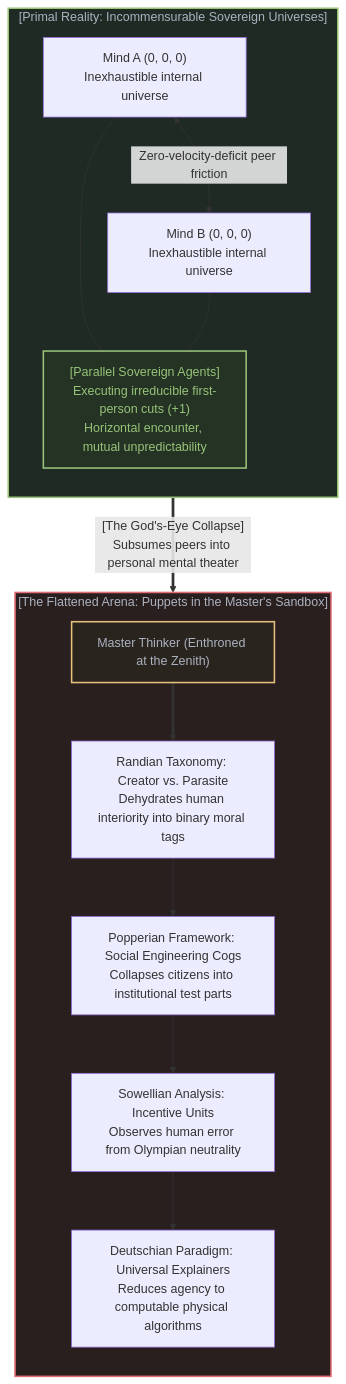
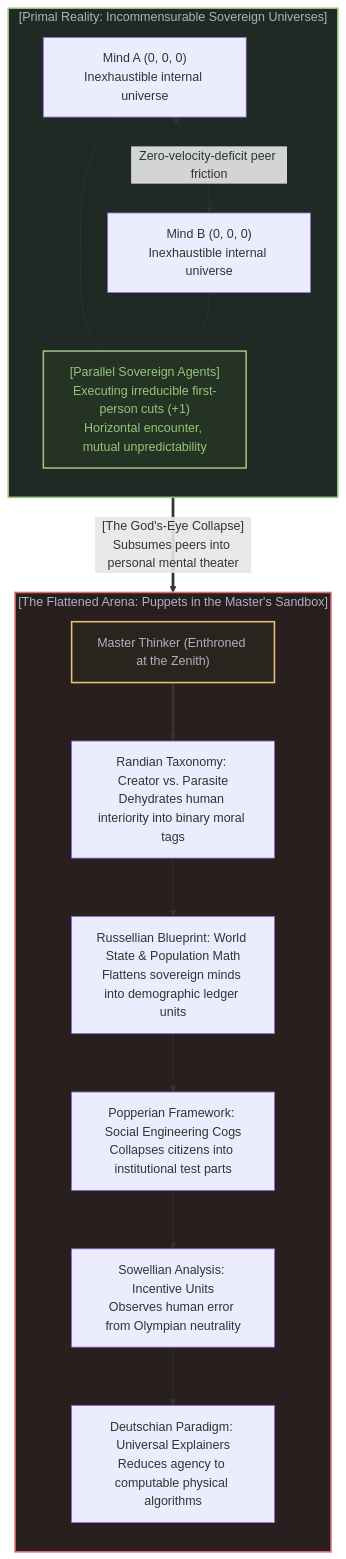
The sixth of 10 diagrams in content/posts/the-invisible-gods-eye.md (powerpig99/not-a-toe), drawn with Mermaid before and after one commit. The commit also changed other lines of this file and 3 other files, not shown here.

````diff
--- a/content/posts/the-invisible-gods-eye.md
+++ b/content/posts/the-invisible-gods-eye.md
@@ -232,35 +238,37 @@
 ```mermaid
 graph TD
     subgraph ParallelUniverses["[Primal Reality: Incommensurable Sovereign Universes]"]
         direction TB
         Mind1["Mind A (0, 0, 0)<br>Inexhaustible internal universe"]
         Mind2["Mind B (0, 0, 0)<br>Inexhaustible internal universe"]
         MutualRespect["[Parallel Sovereign Agents]<br>Executing irreducible first-person cuts (+1)<br>Horizontal encounter, mutual unpredictability"]
 
         Mind1 <-->|"Zero-velocity-deficit peer friction"| Mind2
         Mind1 --- MutualRespect
         Mind2 --- MutualRespect
     end
 
     ParallelUniverses ==>|"[The God's-Eye Collapse]<br>Subsumes peers into personal mental theater"| FlattenedTheater
 
     subgraph FlattenedTheater["[The Flattened Arena: Puppets in the Master's Sandbox]"]
         direction TB
         MasterMind["Master Thinker (Enthroned at the Zenith)"]
         
         RandCut["Randian Taxonomy: Creator vs. Parasite<br>Dehydrates human interiority into binary moral tags"]
+        RussellCut["Russellian Blueprint: World State & Population Math<br>Flattens sovereign minds into demographic ledger units"]
         PopperCut["Popperian Framework: Social Engineering Cogs<br>Collapses citizens into institutional test parts"]
         SowellCut["Sowellian Analysis: Incentive Units<br>Observes human error from Olympian neutrality"]
         DeutschCut["Deutschian Paradigm: Universal Explainers<br>Reduces agency to computable physical algorithms"]
 
         MasterMind ==> RandCut
-        RandCut --> PopperCut
+        RandCut --> RussellCut
+        RussellCut --> PopperCut
         PopperCut --> SowellCut
         SowellCut --> DeutschCut
     end
 
     style ParallelUniverses fill:#1f2a24,stroke:#98c379,stroke-width:2px,color:#abb2bf
     style FlattenedTheater fill:#2a1f1f,stroke:#e06c75,stroke-width:2px,color:#abb2bf
     style MutualRespect fill:#243324,stroke:#98c379,stroke-width:2px,color:#98c379
     style MasterMind fill:#2a241f,stroke:#e5c07b,stroke-width:2px,color:#abb2bf
 ```
````
